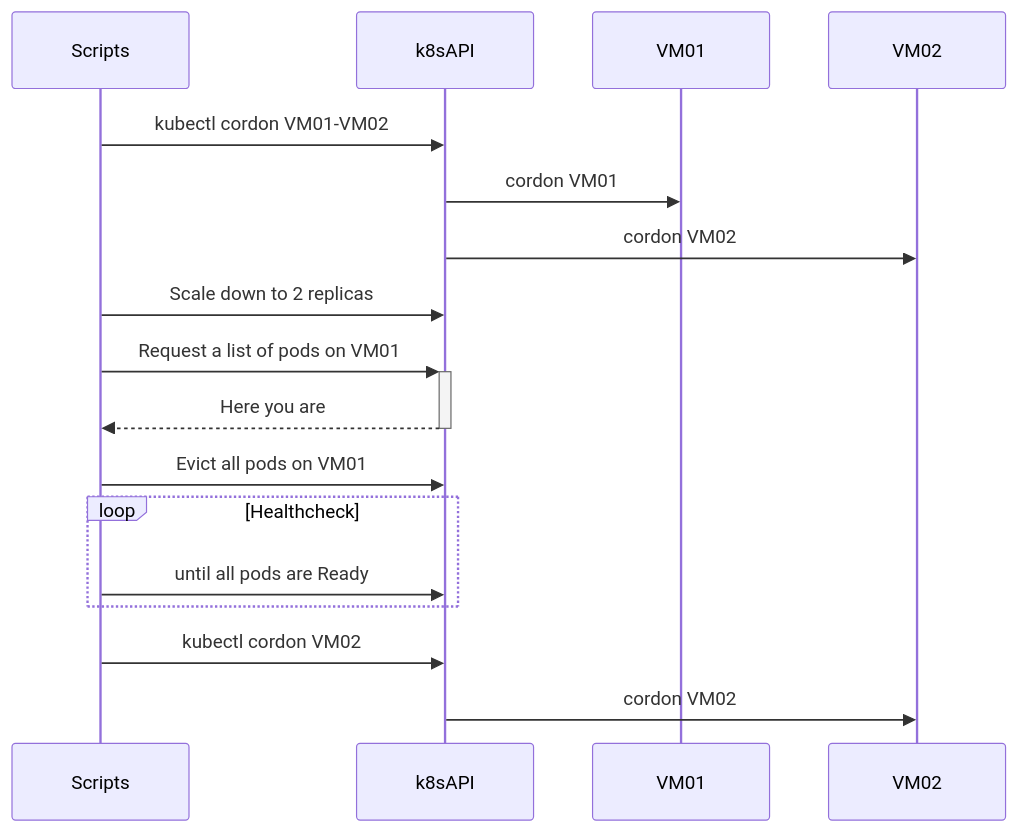
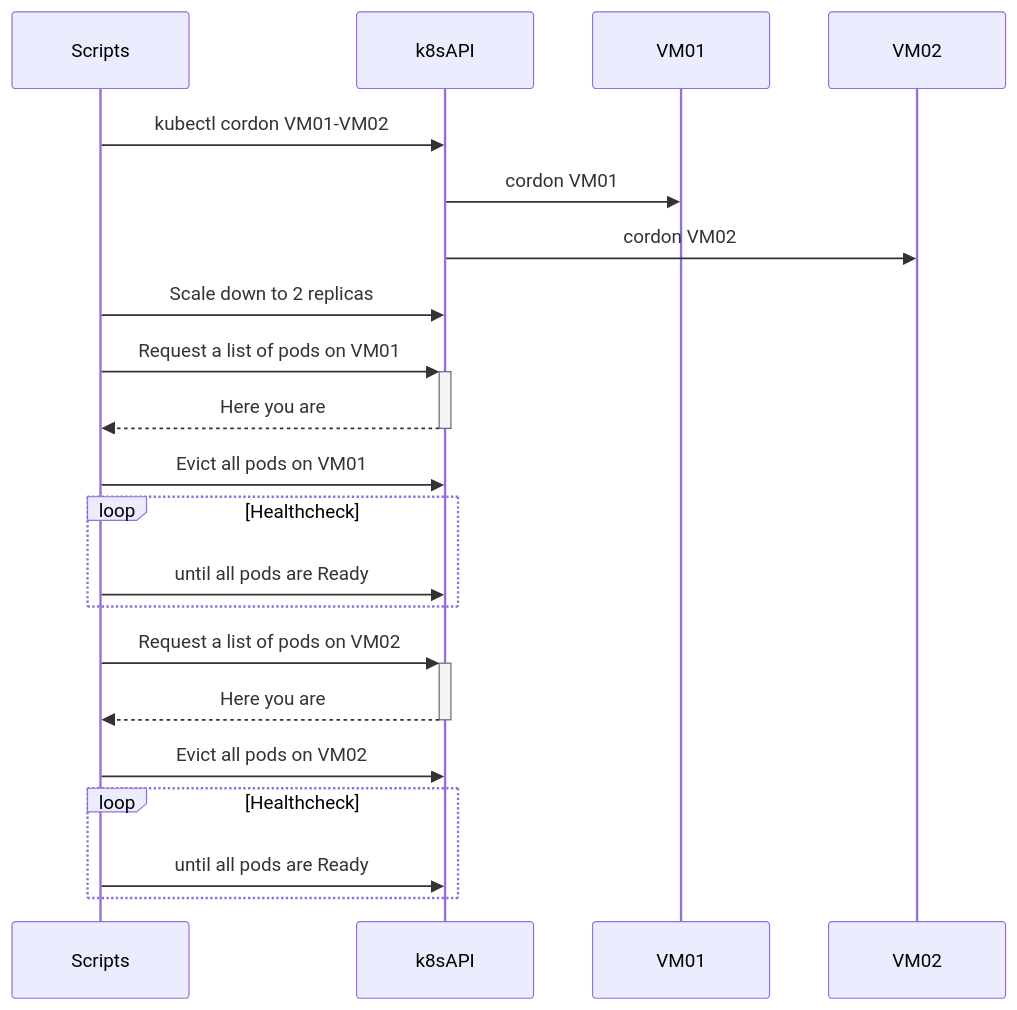
One commit to lolspider/mermaid-uml changed the diagram in autoscale.mermaid. Above: the diagram before and after it, drawn with Mermaid. The commit also changed 1 other file, not shown here.

Commit message:
[tcl] #N/A update autoscale uml

```diff
--- a/autoscale.mermaid
+++ b/autoscale.mermaid
@@ -1,21 +1,24 @@
 
 sequenceDiagram
 	participant Scripts
     participant k8sAPI
     participant VM01
     participant VM02
     Scripts->>k8sAPI: kubectl cordon VM01-VM02
     k8sAPI->>VM01: cordon VM01
     k8sAPI->>VM02: cordon VM02
     Scripts->>k8sAPI: Scale down to 2 replicas
 
     Scripts->>+k8sAPI: Request a list of pods on VM01
     k8sAPI-->>-Scripts: Here you are
 
     Scripts->>k8sAPI: Evict all pods on VM01
     loop Healthcheck
         Scripts->>k8sAPI: until all pods are Ready
-    
     end
-    Scripts->>k8sAPI: kubectl cordon VM02
-    k8sAPI->>VM02: cordon VM02
+    Scripts->>+k8sAPI: Request a list of pods on VM02
+    k8sAPI-->>-Scripts: Here you are
+    Scripts->>k8sAPI: Evict all pods on VM02
+    loop Healthcheck
+        Scripts->>k8sAPI: until all pods are Ready
+    end
```
